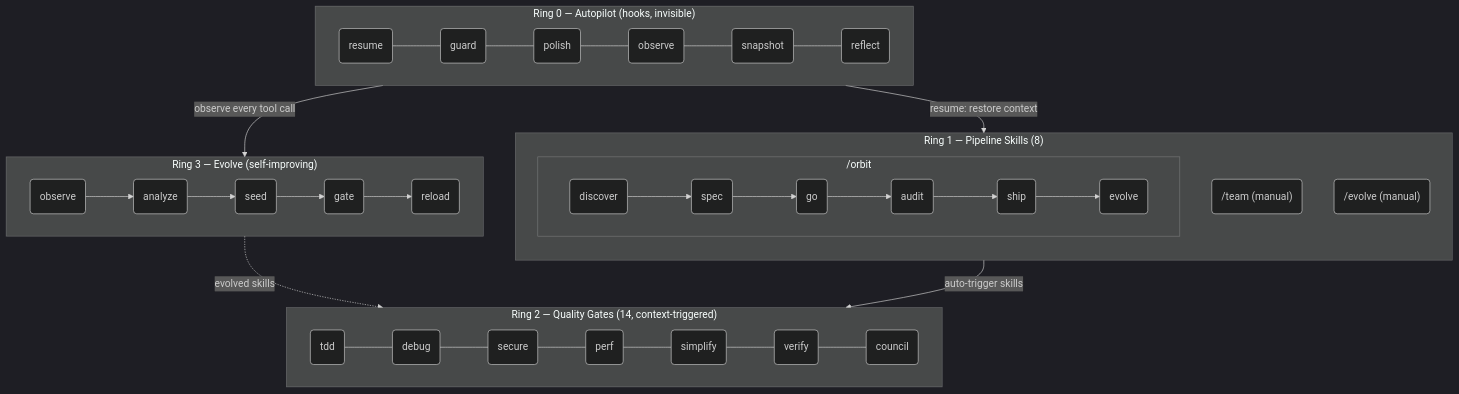
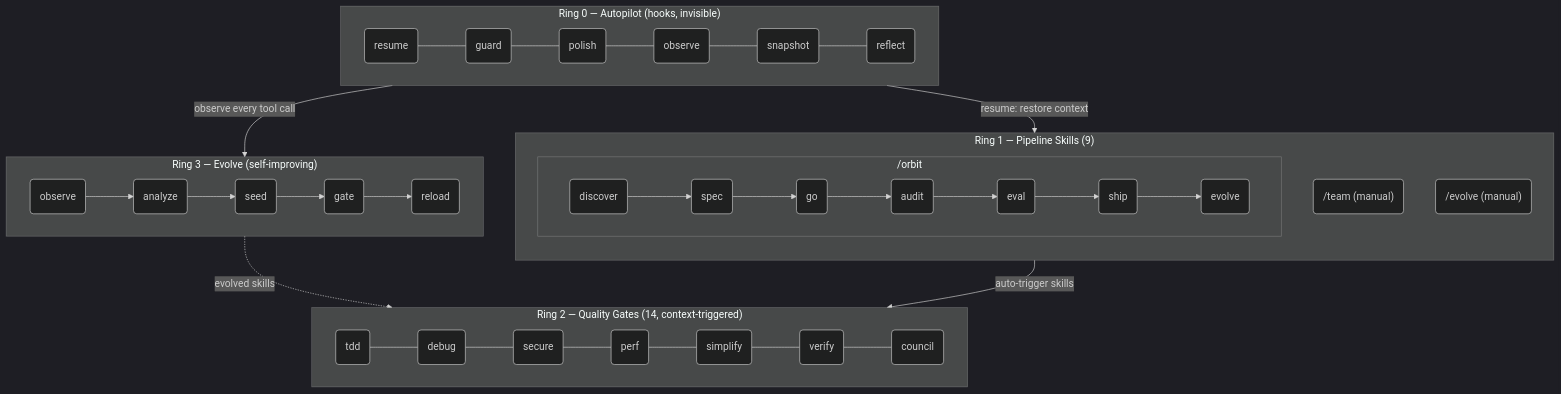
The second of 2 diagrams in i18n/zh-CN/README.md (epicsagas/epic-harness), drawn with Mermaid (dark theme) before and after one commit. The commit also changed other lines of this file and 10 other files, not shown here.

````diff
--- a/i18n/zh-CN/README.md
+++ b/i18n/zh-CN/README.md
@@ -430,32 +432,32 @@
 ```mermaid
 flowchart TB
     subgraph R0["Ring 0 — Autopilot (hooks, invisible)"]
         direction LR
         h1(resume) --- h2(guard) --- h3(polish) --- h4(observe) --- h5(snapshot) --- h6(reflect)
     end
 
-    subgraph R1["Ring 1 — Pipeline Skills (8)"]
+    subgraph R1["Ring 1 — Pipeline Skills (9)"]
         direction TB
         subgraph orbit_wrap["  /orbit  "]
             direction LR
-            c1("discover") --> c2("spec") --> c3("go") --> c4("audit") --> c5("ship") --> c6("evolve")
+            c1("discover") --> c2("spec") --> c3("go") --> c4("audit") --> c4b("eval") --> c5("ship") --> c6("evolve")
         end
         c7("/team (manual)")
         c8("/evolve (manual)")
     end
 
     subgraph R2["Ring 2 — Quality Gates (14, context-triggered)"]
         direction LR
         s1(tdd) --- s2(debug) --- s3(secure) --- s4(perf) --- s5(simplify) --- s6(verify) --- s7(council)
     end
 
     subgraph R3["Ring 3 — Evolve (self-improving)"]
         direction LR
         e1(observe) --> e2(analyze) --> e3(seed) --> e4(gate) --> e5(reload)
     end
 
     R0 -->|"observe every tool call"| R3
     R3 -.->|"evolved skills"| R2
     R1 -->|"auto-trigger skills"| R2
     R0 -->|"resume: restore context"| R1
 ```
````
